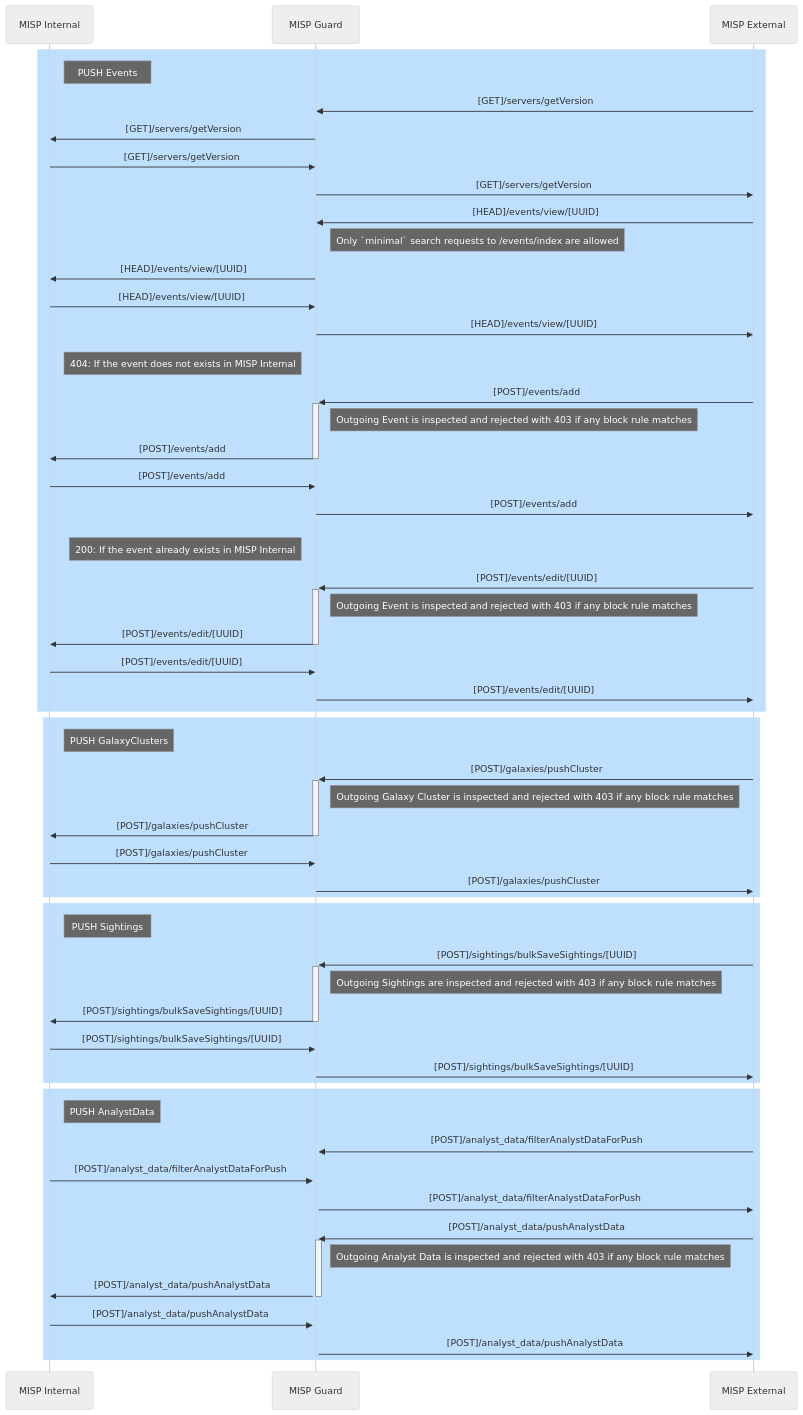
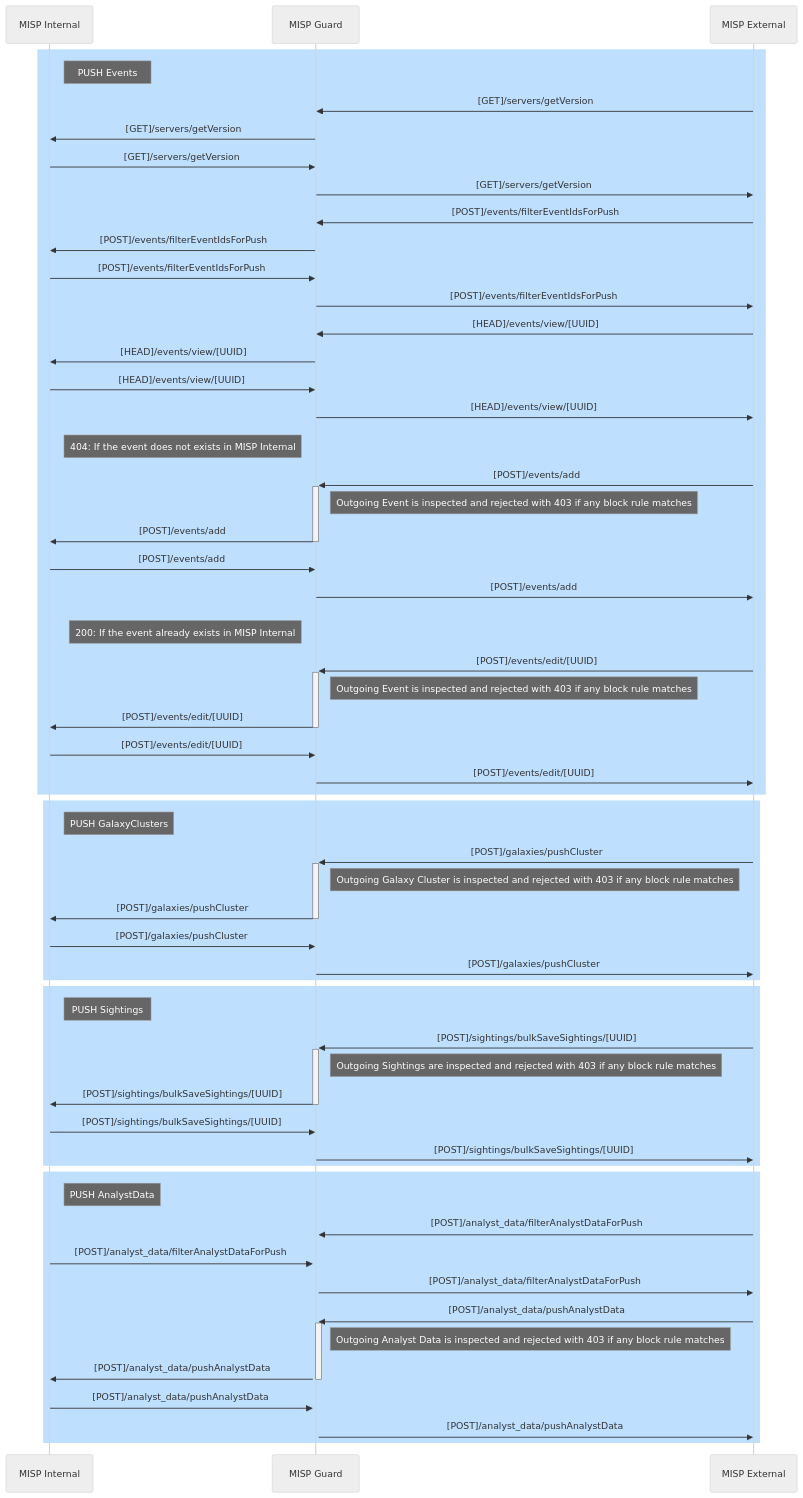
One commit to MISP/misp-guard changed the second of 5 diagrams in docs/Common Criteria EAL 2 Evaluation.md. Above: the diagram before and after it, drawn with Mermaid (neutral theme). The commit also changed other lines of this file and 2 other files, not shown here.

First line of the commit message:
chg: log allowed flows and sources, keep the config on invalid reload

````diff
--- a/docs/Common Criteria EAL 2 Evaluation.md
+++ b/docs/Common Criteria EAL 2 Evaluation.md
@@ -879,70 +897,74 @@
 ```mermaid
 sequenceDiagram
     participant MISP Internal 
     participant MISP Guard
     participant MISP External
 
     rect rgb(191, 223, 255)
     note right of MISP Internal: PUSH Events 
 
     MISP External->>MISP Guard: [GET]/servers/getVersion
     MISP Guard->>MISP Internal: [GET]/servers/getVersion
     MISP Internal->>MISP Guard: [GET]/servers/getVersion
     MISP Guard->>MISP External: [GET]/servers/getVersion
+
+    MISP External->>MISP Guard: [POST]/events/filterEventIdsForPush
+    MISP Guard->>MISP Internal: [POST]/events/filterEventIdsForPush
+    MISP Internal->>MISP Guard: [POST]/events/filterEventIdsForPush
+    MISP Guard->>MISP External: [POST]/events/filterEventIdsForPush
     
     MISP External->>MISP Guard: [HEAD]/events/view/[UUID]
-    note right of MISP Guard: Only `minimal` search requests to /events/index are allowed
     MISP Guard->>MISP Internal: [HEAD]/events/view/[UUID]
     MISP Internal->>MISP Guard: [HEAD]/events/view/[UUID]
     MISP Guard->>MISP External: [HEAD]/events/view/[UUID]
     
     rect rgb(191, 223, 255)
     note left of MISP Guard: 404: If the event does not exists in MISP Internal
     MISP External->>+MISP Guard: [POST]/events/add
     note right of MISP Guard: Outgoing Event is inspected and rejected with 403 if any block rule matches
     MISP Guard->>-MISP Internal: [POST]/events/add
     MISP Internal->>MISP Guard: [POST]/events/add
     MISP Guard->>MISP External: [POST]/events/add
     end
 
     rect rgb(191, 223, 255)
     note left of MISP Guard: 200: If the event already exists in MISP Internal
     MISP External->>+MISP Guard: [POST]/events/edit/[UUID]
     note right of MISP Guard: Outgoing Event is inspected and rejected with 403 if any block rule matches
     MISP Guard->>-MISP Internal: [POST]/events/edit/[UUID]
     MISP Internal->>MISP Guard: [POST]/events/edit/[UUID]
     MISP Guard->>MISP External: [POST]/events/edit/[UUID]
     end
     end 
 
     rect rgb(191, 223, 255)
     note right of MISP Internal: PUSH GalaxyClusters
     MISP External->>+MISP Guard: [POST]/galaxies/pushCluster
     note right of MISP Guard: Outgoing Galaxy Cluster is inspected and rejected with 403 if any block rule matches
     MISP Guard->>-MISP Internal: [POST]/galaxies/pushCluster
     MISP Internal->>MISP Guard: [POST]/galaxies/pushCluster
     MISP Guard->>MISP External: [POST]/galaxies/pushCluster
     end
 
     rect rgb(191, 223, 255)
     note right of MISP Internal: PUSH Sightings
     MISP External->>+MISP Guard: [POST]/sightings/bulkSaveSightings/[UUID]
     note right of MISP Guard: Outgoing Sightings are inspected and rejected with 403 if any block rule matches
     MISP Guard->>-MISP Internal: [POST]/sightings/bulkSaveSightings/[UUID]
     MISP Internal->>MISP Guard: [POST]/sightings/bulkSaveSightings/[UUID]
     MISP Guard->>MISP External: [POST]/sightings/bulkSaveSightings/[UUID]
     end
     
     rect rgb(191, 223, 255)
     note right of MISP Internal: PUSH AnalystData
     MISP External->>+MISP Guard: [POST]/analyst_data/filterAnalystDataForPush
     MISP Internal->>MISP Guard: [POST]/analyst_data/filterAnalystDataForPush
     MISP Guard->>MISP External: [POST]/analyst_data/filterAnalystDataForPush
 
     MISP External->>+MISP Guard: [POST]/analyst_data/pushAnalystData
     note right of MISP Guard: Outgoing Analyst Data is inspected and rejected with 403 if any block rule matches
     MISP Guard->>-MISP Internal: [POST]/analyst_data/pushAnalystData
     MISP Internal->>MISP Guard: [POST]/analyst_data/pushAnalystData
     MISP Guard->>MISP External: [POST]/analyst_data/pushAnalystData
     end
 ```
````
